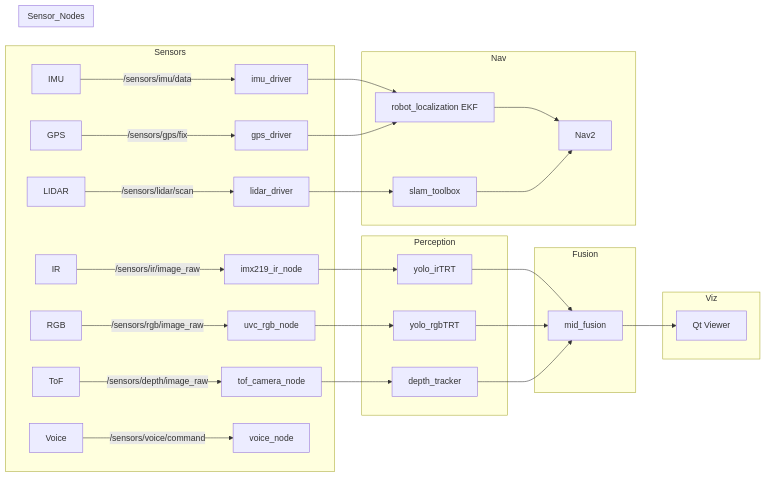
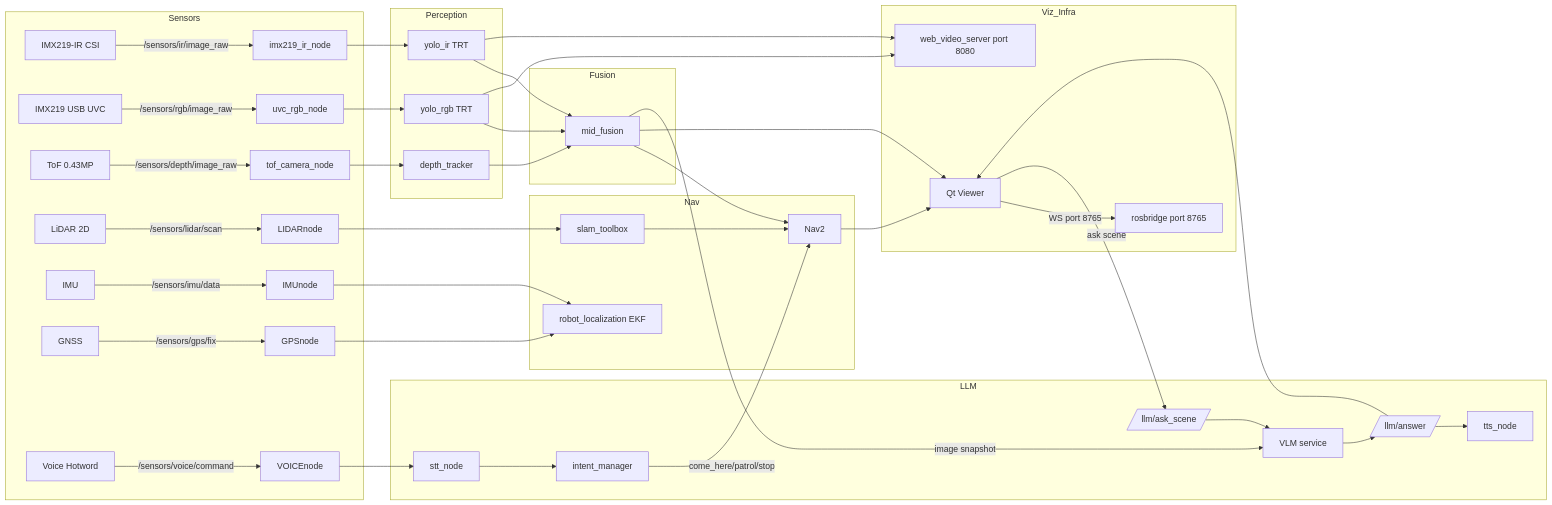
Before and after one commit to cosminmemetea/shobo: the second of 2 diagrams in README.MD, drawn with Mermaid. The commit also changed other lines of this file, not shown here.

Commit message:
update: #4 Architecture update.

````diff
--- a/README.MD
+++ b/README.MD
@@ -26,58 +109,67 @@
-```mermaid
-
-flowchart LR
+``` mermaid
+graph LR
   subgraph Sensors
-    IR -->|/sensors/ir/image_raw| IRnode
-    RGB -->|/sensors/rgb/image_raw| RGBnode
-    ToF -->|/sensors/depth/image_raw| TOFnode
-    LIDAR -->|/sensors/lidar/scan| LIDARnode
-    IMU -->|/sensors/imu/data| IMUnode
-    GPS -->|/sensors/gps/fix| GPSnode
-    Voice -->|/sensors/voice/command| VOICEnode
+    IR[IMX219-IR CSI] -->|/sensors/ir/image_raw| IRnode
+    RGB[IMX219 USB UVC] -->|/sensors/rgb/image_raw| RGBnode
+    ToF[ToF 0.43MP] -->|/sensors/depth/image_raw| TOFnode
+    LIDAR[LiDAR 2D] -->|/sensors/lidar/scan| LIDARnode
+    IMU[IMU] -->|/sensors/imu/data| IMUnode
+    GPS[GNSS] -->|/sensors/gps/fix| GPSnode
+    Voice[Voice Hotword] -->|/sensors/voice/command| VOICEnode
   end
 
-  subgraph Sensor_Nodes
+  subgraph Perception
     IRnode[imx219_ir_node]
     RGBnode[uvc_rgb_node]
     TOFnode[tof_camera_node]
-    LIDARnode[lidar_driver]
-    IMUnode[imu_driver]
-    GPSnode[gps_driver]
-    VOICEnode[voice_node]
-  end
-
-  subgraph Perception
-    YOLOIR[yolo_irTRT]
-    YOLORGB[yolo_rgbTRT]
+    YOLOIR[yolo_ir TRT]
+    YOLORGB[yolo_rgb TRT]
     DEPTHTRK[depth_tracker]
   end
 
   subgraph Fusion
     FUSE[mid_fusion]
+  end
+
+  subgraph LLM
+    STT[stt_node] --> INT[intent_manager]
+    ASK[/llm/ask_scene/] --> VLM[VLM service]
+    VLM --> ANS[/llm/answer/]
+    TTS[tts_node]
   end
 
   subgraph Nav
     EKF[robot_localization EKF]
     SLAM[slam_toolbox]
     NAV2[Nav2]
   end
 
-  subgraph Viz
+  subgraph Viz_Infra
     QT[Qt Viewer]
+    ROSWS[rosbridge port 8765]
+    WVS[web_video_server port 8080]
   end
 
   IRnode --> YOLOIR
   RGBnode --> YOLORGB
   TOFnode --> DEPTHTRK
   YOLOIR --> FUSE
   YOLORGB --> FUSE
   DEPTHTRK --> FUSE
-
   LIDARnode --> SLAM
   IMUnode --> EKF
   GPSnode --> EKF
-  EKF --> NAV2
+  FUSE --> NAV2
   SLAM --> NAV2
-
+  NAV2 --> QT
   FUSE --> QT
+  YOLOIR --> WVS
+  YOLORGB --> WVS
+  QT -->|WS port 8765| ROSWS
+  VOICEnode --> STT
+  INT -->|come_here/patrol/stop| NAV2
+  QT -->|ask scene| ASK
+  FUSE -->|image snapshot| VLM
+  ANS --> QT
+  ANS --> TTS
 ```
````
